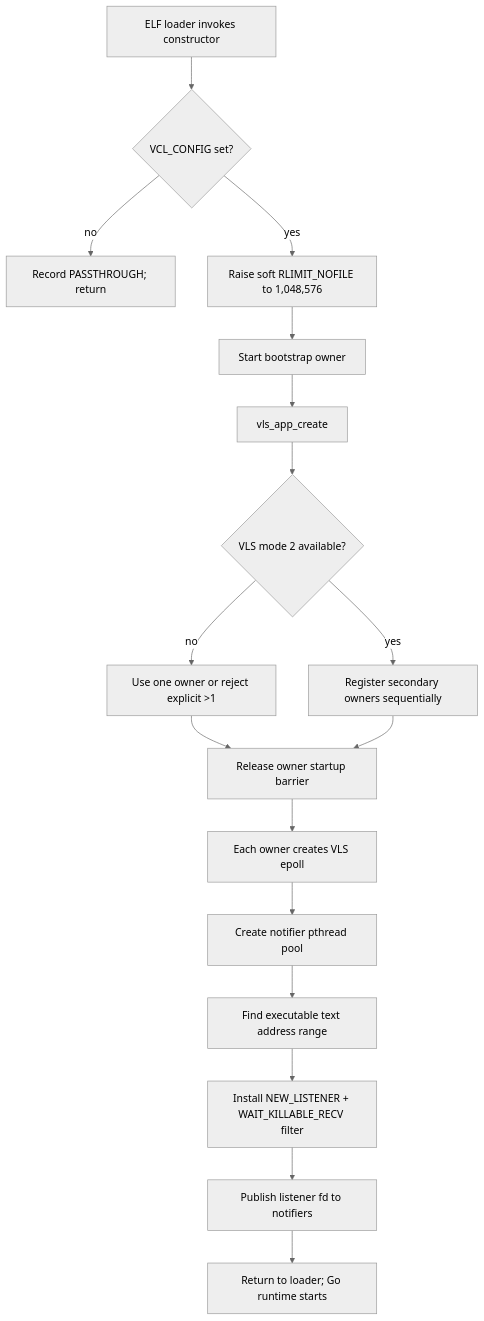
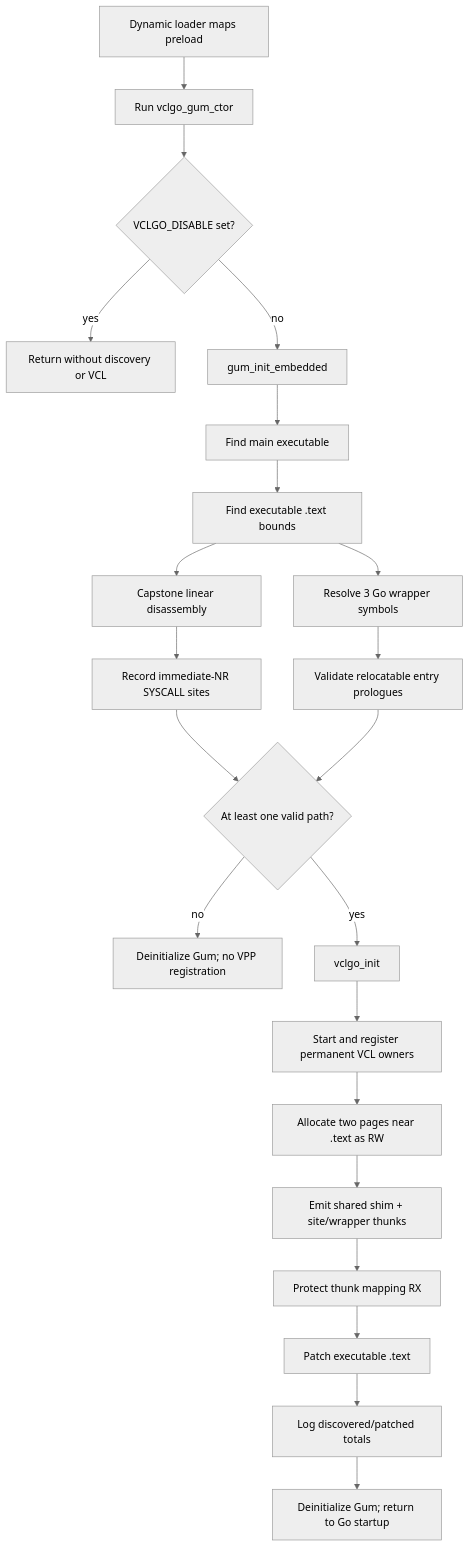
Before and after one commit to aritrbas/vclgo: the second of 18 diagrams in docs/architecture_diagrams.md, drawn with Mermaid (neutral theme). The commit also changed other lines of this file and 32 other files, not shown here.

````diff
--- a/docs/architecture_diagrams.md
+++ b/docs/architecture_diagrams.md
@@ -54,18 +43,24 @@
-```mermaid
+~~~mermaid
 flowchart TD
-    A["ELF loader invokes constructor"] --> B{"VCL_CONFIG set?"}
-    B -- no --> P["Record PASSTHROUGH; return"]
-    B -- yes --> R["Raise soft RLIMIT_NOFILE to 1,048,576"]
-    R --> O0["Start bootstrap owner"]
-    O0 --> AC["vls_app_create"]
-    AC --> M{"VLS mode 2 available?"}
-    M -- no --> W1["Use one owner or reject explicit >1"]
-    M -- yes --> ON["Register secondary owners sequentially"]
-    W1 & ON --> BAR["Release owner startup barrier"]
-    BAR --> EP["Each owner creates VLS epoll"]
-    EP --> NT["Create notifier pthread pool"]
-    NT --> TXT["Find executable text address range"]
-    TXT --> SEC["Install NEW_LISTENER + WAIT_KILLABLE_RECV filter"]
-    SEC --> PUB["Publish listener fd to notifiers"]
-    PUB --> G["Return to loader; Go runtime starts"]
-```
+    L["Dynamic loader maps preload"] --> C["Run vclgo_gum_ctor"]
+    C --> D{"VCLGO_DISABLE set?"}
+    D -- yes --> R0["Return without discovery or VCL"]
+    D -- no --> GI["gum_init_embedded"]
+    GI --> MM["Find main executable"]
+    MM --> TX["Find executable .text bounds"]
+    TX --> CS["Capstone linear disassembly"]
+    CS --> IS["Record immediate-NR SYSCALL sites"]
+    TX --> WS["Resolve 3 Go wrapper symbols"]
+    WS --> PV["Validate relocatable entry prologues"]
+    IS --> ANY{"At least one valid path?"}
+    PV --> ANY
+    ANY -- no --> GD["Deinitialize Gum; no VPP registration"]
+    ANY -- yes --> VI["vclgo_init"]
+    VI --> OWN["Start and register permanent VCL owners"]
+    OWN --> NEAR["Allocate two pages near .text as RW"]
+    NEAR --> EMIT["Emit shared shim + site/wrapper thunks"]
+    EMIT --> RX["Protect thunk mapping RX"]
+    RX --> PT["Patch executable .text"]
+    PT --> LOG["Log discovered/patched totals"]
+    LOG --> DONE["Deinitialize Gum; return to Go startup"]
+~~~
````
